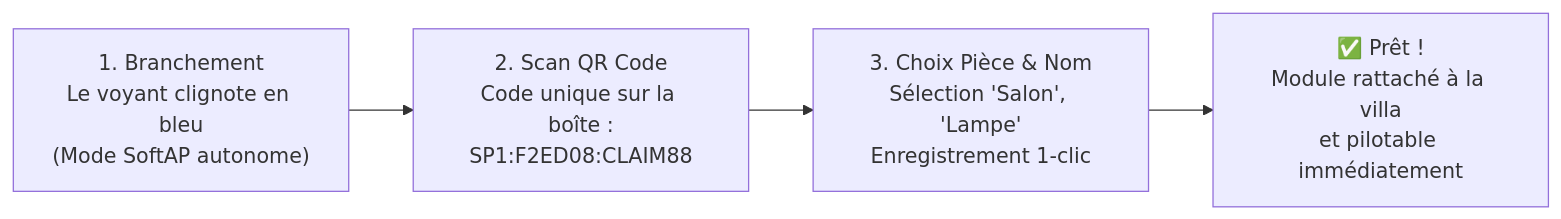
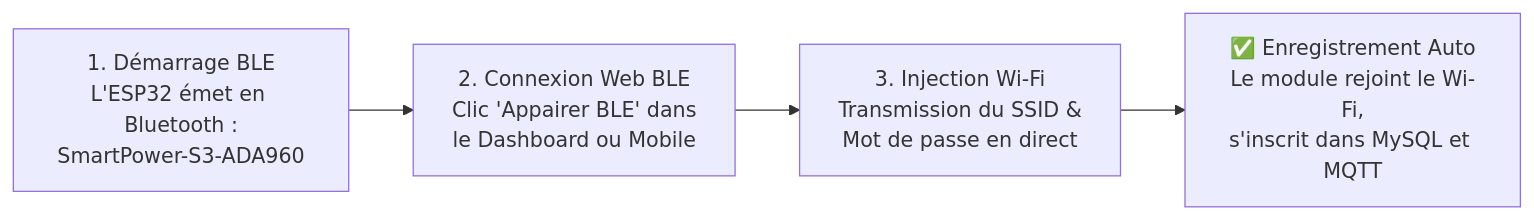
One commit to yassinazouzi/Smart-Power.tn changed the second of 5 diagrams in docs/SAAS_ARCHITECTURE.md. Above: the diagram before and after it, drawn with Mermaid. The commit also changed other lines of this file and 3 other files, not shown here.

Commit message:
feat: embed autonomous MQTT Broker on port 1883 and integrate in SaaS architecture

````diff
--- a/docs/SAAS_ARCHITECTURE.md
+++ b/docs/SAAS_ARCHITECTURE.md
@@ -108,7 +131,15 @@
 ```mermaid
 flowchart LR
-    Step1["1. Branchement\nLe voyant clignote en bleu\n(Mode SoftAP autonome)"] --> 
-    Step2["2. Scan QR Code\nCode unique sur la boîte :\nSP1:F2ED08:CLAIM88"] --> 
-    Step3["3. Choix Pièce & Nom\nSélection 'Salon', 'Lampe'\nEnregistrement 1-clic"] --> 
-    Step4["✅ Prêt !\nModule rattaché à la villa\net pilotable immédiatement"]
+    Step1["1. Démarrage BLE
+L'ESP32 émet en Bluetooth :
+SmartPower-S3-ADA960"] --> 
+    Step2["2. Connexion Web BLE
+Clic 'Appairer BLE' dans
+le Dashboard ou Mobile"] --> 
+    Step3["3. Injection Wi-Fi
+Transmission du SSID &
+Mot de passe en direct"] --> 
+    Step4["✅ Enregistrement Auto
+Le module rejoint le Wi-Fi,
+s'inscrit dans MySQL et MQTT"]
 ```
````
